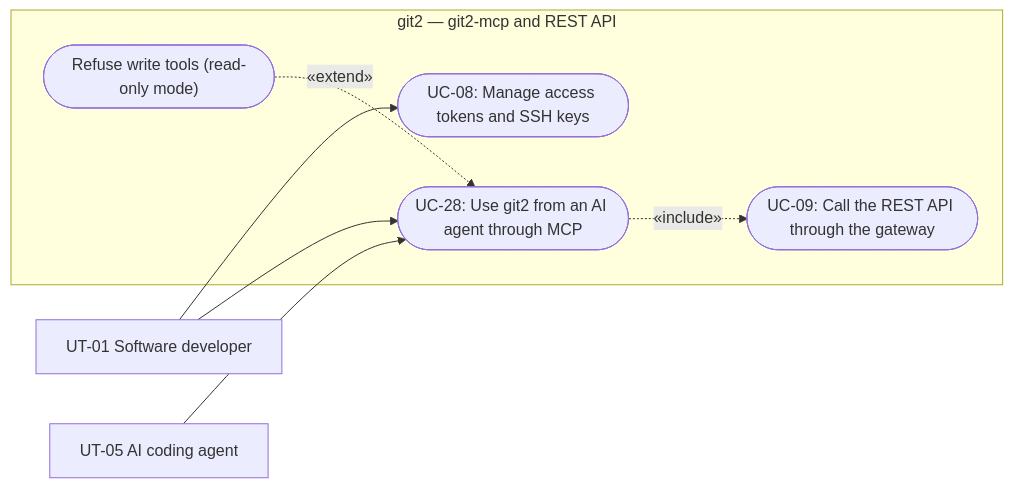
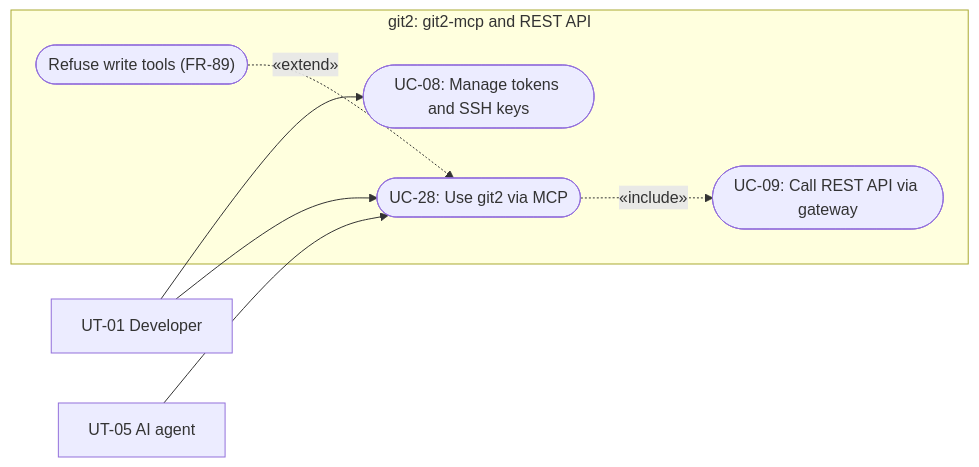
Before and after one commit to git2-project/git2: diagram 12 of 13 in docs/project_docs/to_customer/RequirementsSpecification.md, drawn with Mermaid. The commit also changed other lines of this file, not shown here.

First line of the commit message:
docs(req-spec): bring the reviewed Spec from PR #33 to dev/main

````diff
--- a/docs/project_docs/to_customer/RequirementsSpecification.md
+++ b/docs/project_docs/to_customer/RequirementsSpecification.md
@@ -984,18 +822,17 @@
 ```mermaid
 flowchart LR
-    Dev["UT-01 Software developer"]
-    Agent["UT-05 AI coding agent"]
+    Dev["UT-01 Developer"]
+    Agent["UT-05 AI agent"]
 
-    subgraph System["git2 — git2-mcp and REST API"]
-        UC28(["UC-28: Use git2 from an AI agent through MCP"])
-        UC08(["UC-08: Manage access tokens and SSH keys"])
-        UC09(["UC-09: Call the REST API through the gateway"])
-        ReadOnly(["Refuse write tools (read-only mode)"])
+    subgraph System["git2: git2-mcp and REST API"]
+        UC28(["UC-28: Use git2 via MCP"])
+        UC08(["UC-08: Manage tokens and SSH keys"])
+        UC09(["UC-09: Call REST API via gateway"])
+        ReadOnly(["Refuse write tools (FR-89)"])
     end
 
-    Dev --> UC08
-    Dev --> UC28
+    Dev --> UC08 & UC28
     Agent --> UC28
     UC28 -.->|«include»| UC09
     ReadOnly -.->|«extend»| UC28
 ```
````
